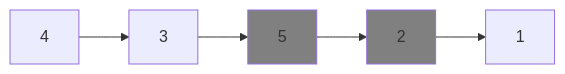
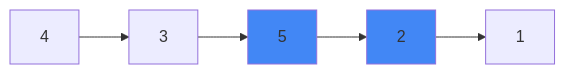
Before and after one commit to sharief007/dev-docs: the fourth of 11 diagrams in content/sorting-algorithms/bubble-sort.md, drawn with Mermaid. The commit also changed other lines of this file, not shown here.

Commit message:
change color from grey to blue

````diff
--- a/content/sorting-algorithms/bubble-sort.md
+++ b/content/sorting-algorithms/bubble-sort.md
@@ -51,10 +51,10 @@
 ```mermaid
 graph LR
     A[4] --> B[3]
     B --> C[5]
     C --> D[2]
     D --> E[1]
 
-    style C fill: grey
-    style D fill: grey
+    style C fill: #4287f5
+    style D fill: #4287f5
 ```
````
